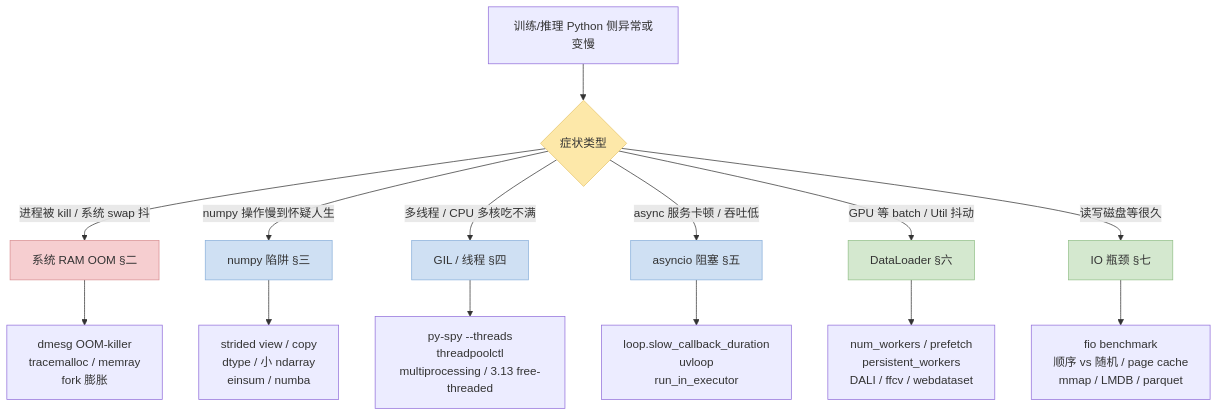
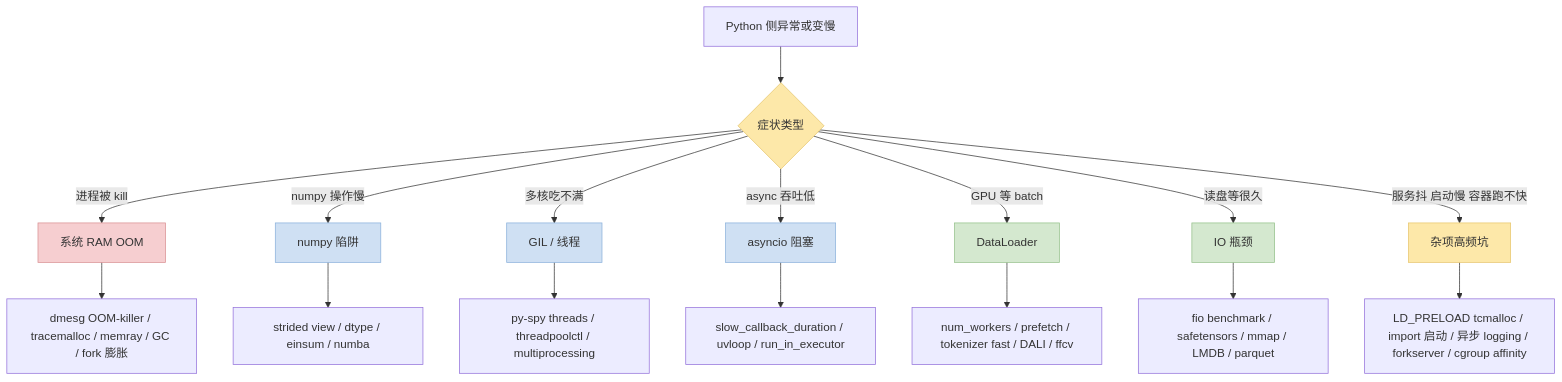
Before and after one commit to pengyanai/notebook: the first of 6 diagrams in posts/2026-05-07-python-cpu-bottleneck-troubleshooting-sop.md, drawn with Mermaid. The commit also changed other lines of this file and 3 other files, not shown here.

````diff
--- a/posts/2026-05-07-python-cpu-bottleneck-troubleshooting-sop.md
+++ b/posts/2026-05-07-python-cpu-bottleneck-troubleshooting-sop.md
@@ -56,26 +57,26 @@
 ```mermaid
 graph TD
-    Start[训练/推理 Python 侧异常或变慢] --> Q1{症状类型}
-
-    Q1 -->|进程被 kill / 系统 swap 抖| A[系统 RAM OOM §二]
-    Q1 -->|numpy 操作慢到怀疑人生| B[numpy 陷阱 §三]
-    Q1 -->|多线程 / CPU 多核吃不满| C[GIL / 线程 §四]
-    Q1 -->|async 服务卡顿 / 吞吐低| D[asyncio 阻塞 §五]
-    Q1 -->|GPU 等 batch / Util 抖动| E[DataLoader §六]
-    Q1 -->|读写磁盘等很久| F[IO 瓶颈 §七]
-
-    A --> A1[dmesg OOM-killer<br/>tracemalloc / memray<br/>fork 膨胀]
-    B --> B1[strided view / copy<br/>dtype / 小 ndarray<br/>einsum / numba]
-    C --> C1[py-spy --threads<br/>threadpoolctl<br/>multiprocessing / 3.13 free-threaded]
-    D --> D1[loop.slow_callback_duration<br/>uvloop<br/>run_in_executor]
-    E --> E1[num_workers / prefetch<br/>persistent_workers<br/>DALI / ffcv / webdataset]
-    F --> F1[fio benchmark<br/>顺序 vs 随机 / page cache<br/>mmap / LMDB / parquet]
-
+    Start[Python 侧异常或变慢] --> Q1{症状类型}
+    Q1 -->|进程被 kill| A[系统 RAM OOM]
+    Q1 -->|numpy 操作慢| B[numpy 陷阱]
+    Q1 -->|多核吃不满| C[GIL / 线程]
+    Q1 -->|async 吞吐低| D[asyncio 阻塞]
+    Q1 -->|GPU 等 batch| E[DataLoader]
+    Q1 -->|读盘等很久| F[IO 瓶颈]
+    Q1 -->|服务抖 启动慢 容器跑不快| G[杂项高频坑]
+    A --> A1[dmesg OOM-killer / tracemalloc / memray / GC / fork 膨胀]
+    B --> B1[strided view / dtype / einsum / numba]
+    C --> C1[py-spy threads / threadpoolctl / multiprocessing]
+    D --> D1[slow_callback_duration / uvloop / run_in_executor]
+    E --> E1[num_workers / prefetch / tokenizer fast / DALI / ffcv]
+    F --> F1[fio benchmark / safetensors / mmap / LMDB / parquet]
+    G --> G1[LD_PRELOAD tcmalloc / import 启动 / 异步 logging / forkserver / cgroup affinity]
     style Q1 fill:#FDE8A9,stroke:#E7C56D
     style A fill:#F6CED0,stroke:#D98F92
     style B fill:#CFE0F3,stroke:#8AB0DB
     style C fill:#CFE0F3,stroke:#8AB0DB
     style D fill:#CFE0F3,stroke:#8AB0DB
     style E fill:#D4E8CF,stroke:#94C18A
     style F fill:#D4E8CF,stroke:#94C18A
+    style G fill:#FDE8A9,stroke:#E7C56D
 ```
````
